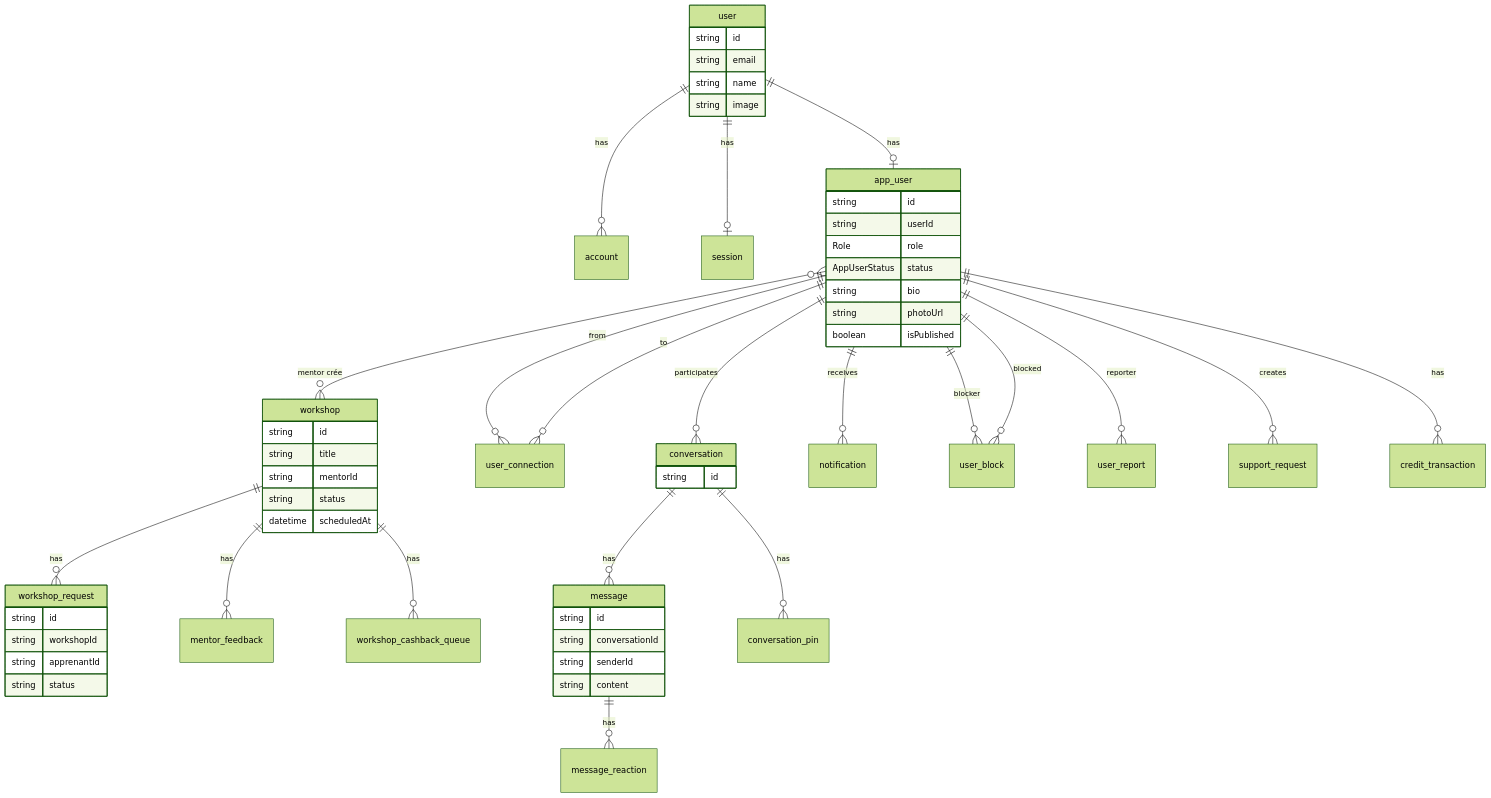
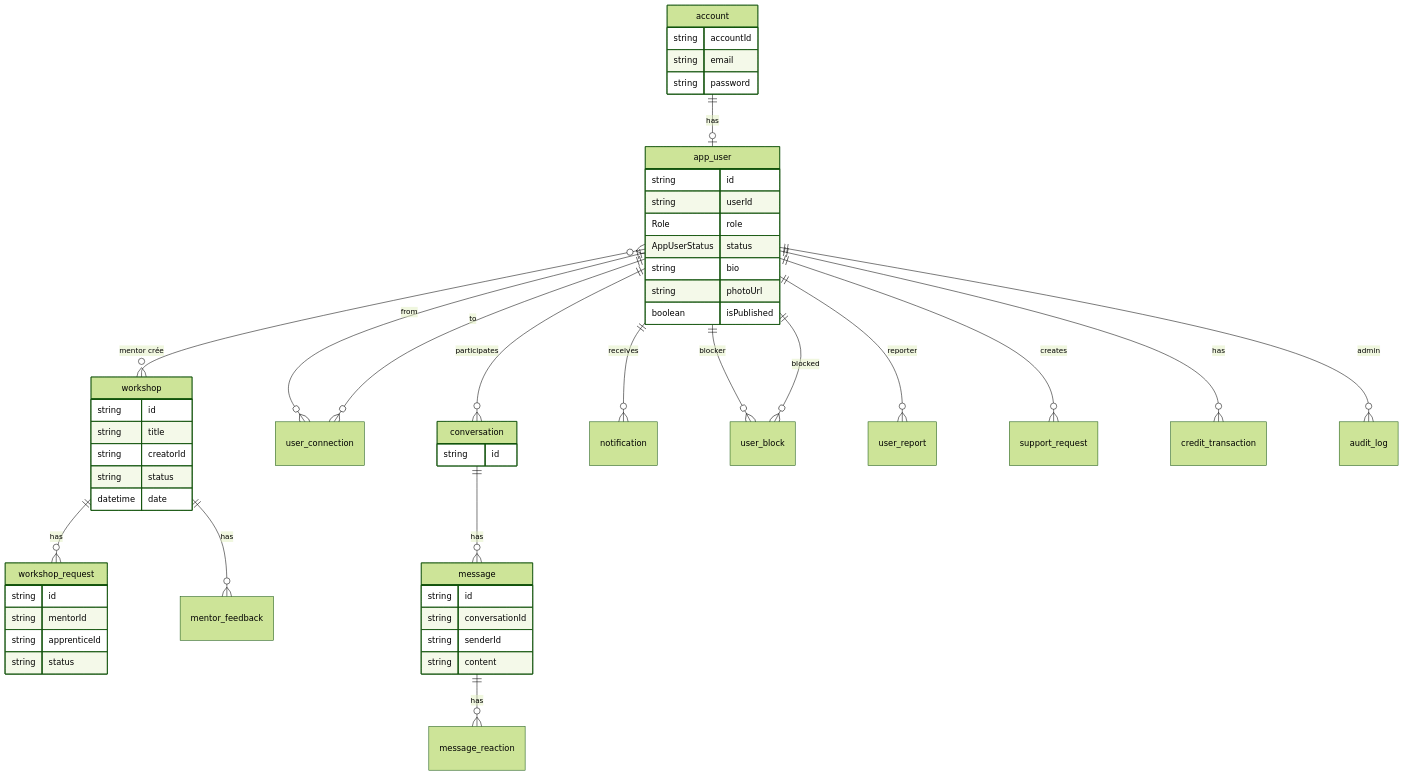
Before and after one commit to alice-444/ls_app: the third of 3 diagrams in docs/architecture.md, drawn with Mermaid (forest theme). The commit also changed other lines of this file and 56 other files, not shown here.

Commit message:
feat: magic link, audit logs admin, schéma Prisma, refonte profil mentor

````diff
--- a/docs/architecture.md
+++ b/docs/architecture.md
@@ -144,59 +144,55 @@
 ```mermaid
 erDiagram
-  user ||--o{ account : has
-  user ||--o| session : has
-  user ||--o| app_user : has
+  account ||--o| app_user : has
   app_user }o--o{ workshop : "mentor crée"
   workshop ||--o{ workshop_request : has
   workshop ||--o{ mentor_feedback : has
-  workshop ||--o{ workshop_cashback_queue : has
   app_user ||--o{ user_connection : "from"
   app_user ||--o{ user_connection : "to"
   app_user ||--o{ conversation : participates
   conversation ||--o{ message : has
   message ||--o{ message_reaction : has
-  conversation ||--o{ conversation_pin : has
   app_user ||--o{ notification : receives
   app_user ||--o{ user_block : "blocker"
   app_user ||--o{ user_block : "blocked"
   app_user ||--o{ user_report : "reporter"
   app_user ||--o{ support_request : creates
   app_user ||--o{ credit_transaction : has
-  user {
-    string id
+  app_user ||--o{ audit_log : "admin"
+  account {
+    string accountId
     string email
-    string name
-    string image
+    string password
   }
   app_user {
     string id
     string userId
     Role role
     AppUserStatus status
     string bio
     string photoUrl
     boolean isPublished
   }
   workshop {
     string id
     string title
-    string mentorId
+    string creatorId
     string status
-    datetime scheduledAt
+    datetime date
   }
   workshop_request {
     string id
-    string workshopId
-    string apprenantId
+    string mentorId
+    string apprenticeId
     string status
   }
   conversation {
     string id
   }
   message {
     string id
     string conversationId
     string senderId
     string content
   }
 ```
````
